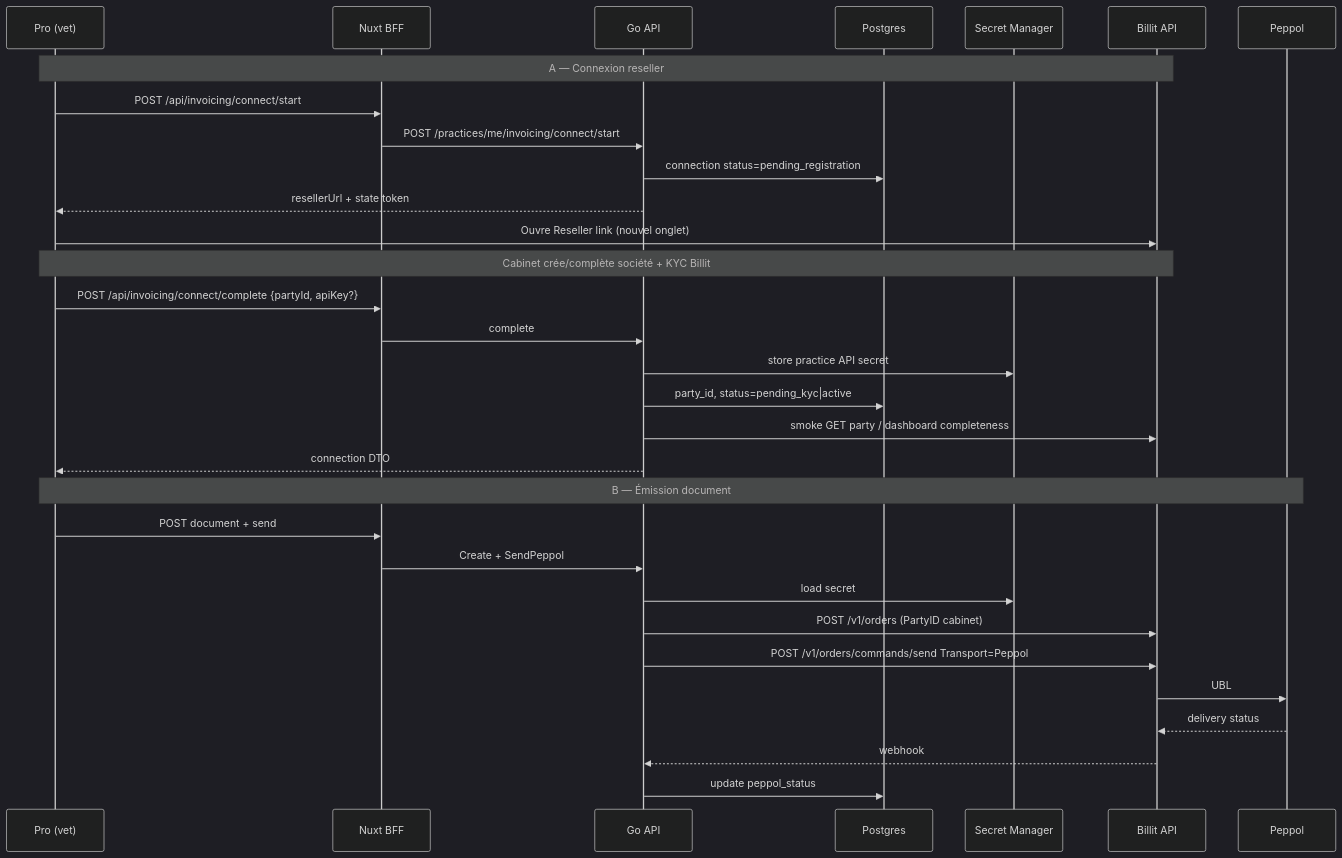
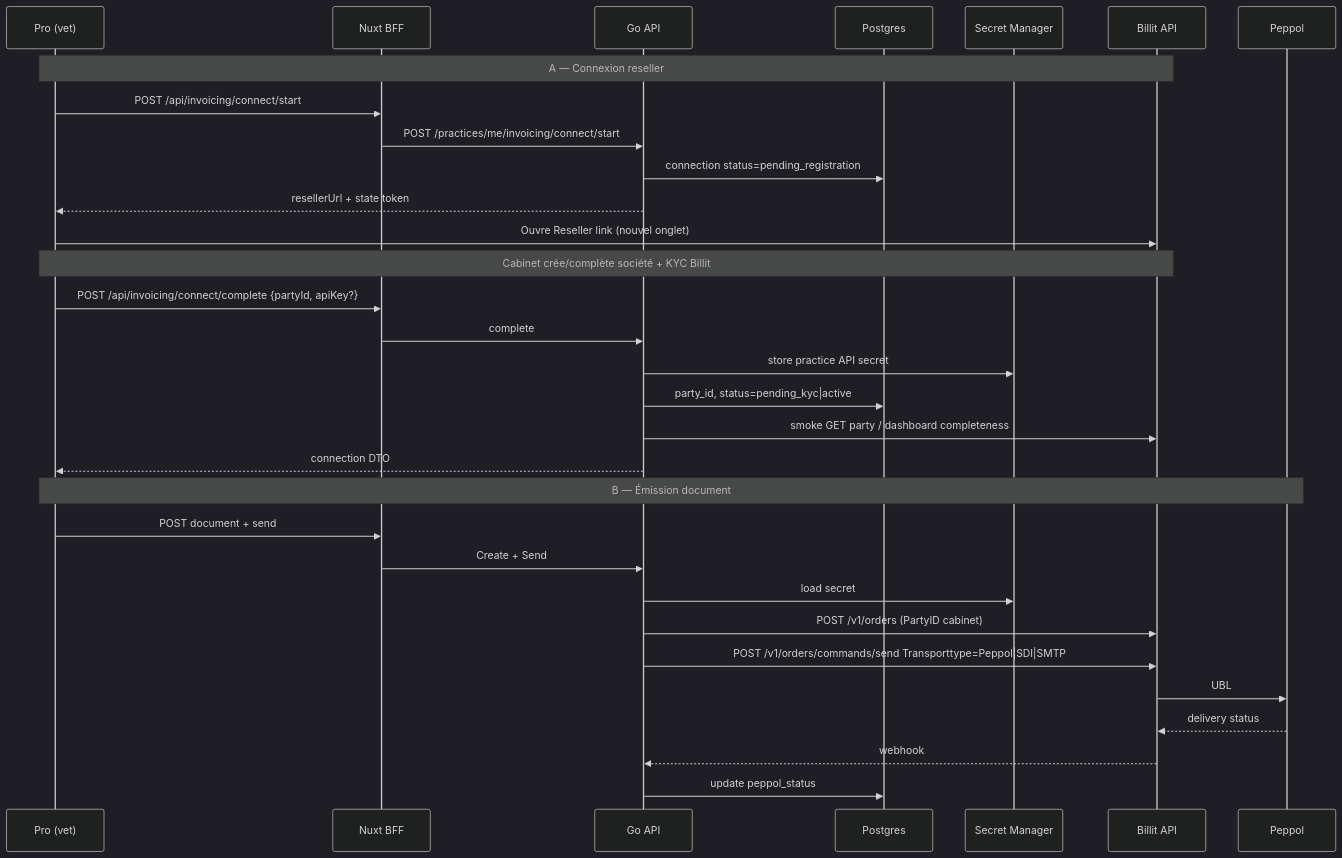
One commit to olegrand1976/petsFollow changed the diagram in documentation/34-BILLIT-RESELLER-TECH.md. Above: the diagram before and after it, drawn with Mermaid (dark theme). The commit also changed other lines of this file and 92 other files, not shown here.

````diff
--- a/documentation/34-BILLIT-RESELLER-TECH.md
+++ b/documentation/34-BILLIT-RESELLER-TECH.md
@@ -189,35 +200,35 @@
 ```mermaid
 sequenceDiagram
   participant Vet as Pro (vet)
   participant BFF as Nuxt BFF
   participant API as Go API
   participant DB as Postgres
   participant SM as Secret Manager
   participant Billit as Billit API
   participant Pep as Peppol
 
   Note over Vet,Billit: A — Connexion reseller
   Vet->>BFF: POST /api/invoicing/connect/start
   BFF->>API: POST /practices/me/invoicing/connect/start
   API->>DB: connection status=pending_registration
   API-->>Vet: resellerUrl + state token
   Vet->>Billit: Ouvre Reseller link (nouvel onglet)
   Note over Vet,Billit: Cabinet crée/complète société + KYC Billit
   Vet->>BFF: POST /api/invoicing/connect/complete {partyId, apiKey?}
   BFF->>API: complete
   API->>SM: store practice API secret
   API->>DB: party_id, status=pending_kyc|active
   API->>Billit: smoke GET party / dashboard completeness
   API-->>Vet: connection DTO
 
   Note over Vet,Pep: B — Émission document
   Vet->>BFF: POST document + send
-  BFF->>API: Create + SendPeppol
+  BFF->>API: Create + Send
   API->>SM: load secret
   API->>Billit: POST /v1/orders (PartyID cabinet)
-  API->>Billit: POST /v1/orders/commands/send Transport=Peppol
+  API->>Billit: POST /v1/orders/commands/send Transporttype=Peppol|SDI|SMTP
   Billit->>Pep: UBL
   Pep-->>Billit: delivery status
   Billit-->>API: webhook
   API->>DB: update peppol_status
 ```
````
